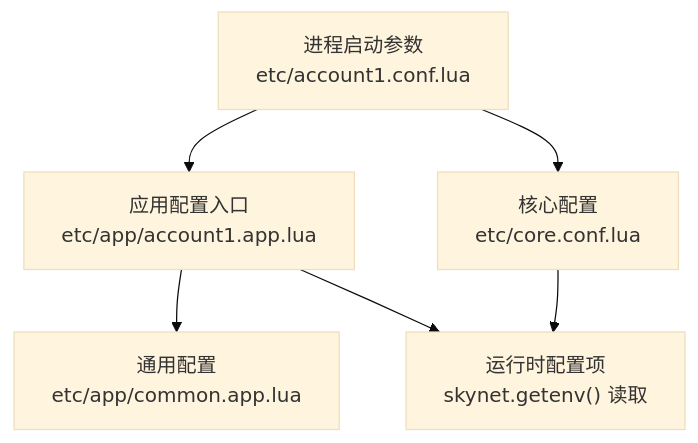
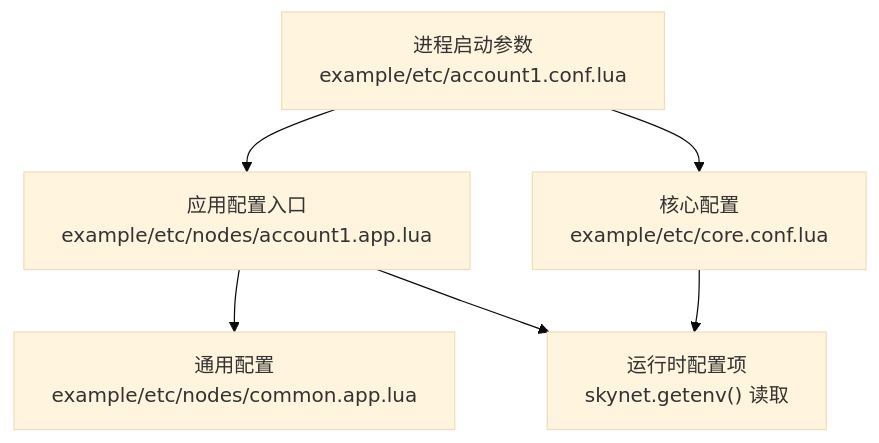
The first of 6 diagrams in docs/repowiki/zh/content/核心模块/配置管理系统.md (hanxi/skyext), drawn with Mermaid (base theme) before and after one commit. The commit also changed other lines of this file and 117 other files, not shown here.

````diff
--- a/docs/repowiki/zh/content/核心模块/配置管理系统.md
+++ b/docs/repowiki/zh/content/核心模块/配置管理系统.md
@@ -39,8 +39,8 @@
 ```mermaid
 graph TB
-A["进程启动参数<br/>etc/account1.conf.lua"] --> B["应用配置入口<br/>etc/app/account1.app.lua"]
-B --> C["通用配置<br/>etc/app/common.app.lua"]
-A --> D["核心配置<br/>etc/core.conf.lua"]
+A["进程启动参数<br/>example/etc/account1.conf.lua"] --> B["应用配置入口<br/>example/etc/nodes/account1.app.lua"]
+B --> C["通用配置<br/>example/etc/nodes/common.app.lua"]
+A --> D["核心配置<br/>example/etc/core.conf.lua"]
 B --> E["运行时配置项<br/>skynet.getenv() 读取"]
 D --> E
 ```
````
